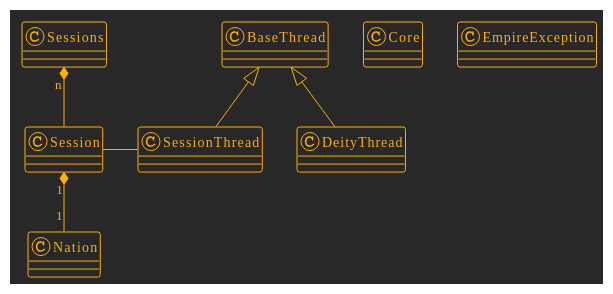
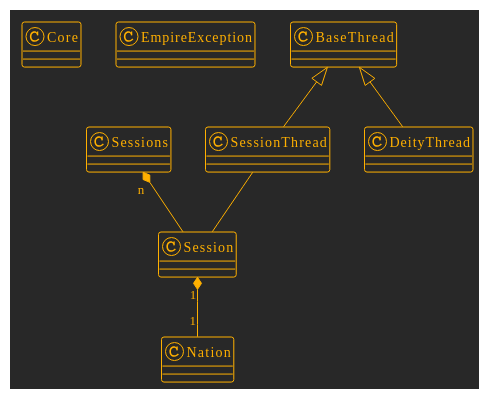
One commit to marknelsonengineer/empire changed the second of 10 diagrams in DESIGN_CONCEPTS.md. Above: the diagram before and after it, drawn with PlantUML. The commit also changed other lines of this file and 1 other file, not shown here.

```diff
--- a/DESIGN_CONCEPTS.md
+++ b/DESIGN_CONCEPTS.md
@@ -71,20 +70,19 @@
 @startuml
 !theme crt-amber
-top to bottom direction
 
 class Core
 class EmpireException
 class Sessions
 class Session
 class Nation
 class BaseThread
 class SessionThread
 class DeityThread
 
-Sessions "n" *-- Session
-Session "1" *-- "1" Nation
-BaseThread <|-down- SessionThread
-BaseThread <|-down- DeityThread
-SessionThread -left- Session
+Sessions "n"  *--     Session
+Session "1"   *-- "1" Nation
+BaseThread    <|--    SessionThread
+BaseThread    <|--    DeityThread
+SessionThread --      Session
 
 @enduml
```
